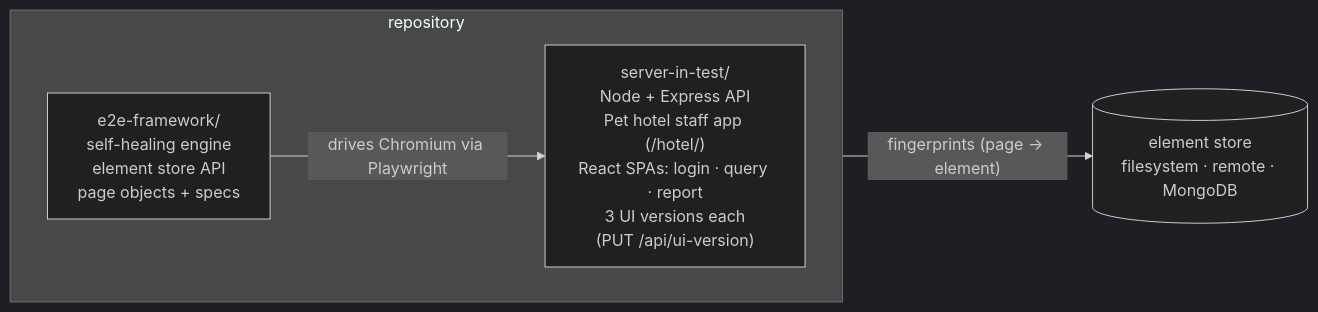
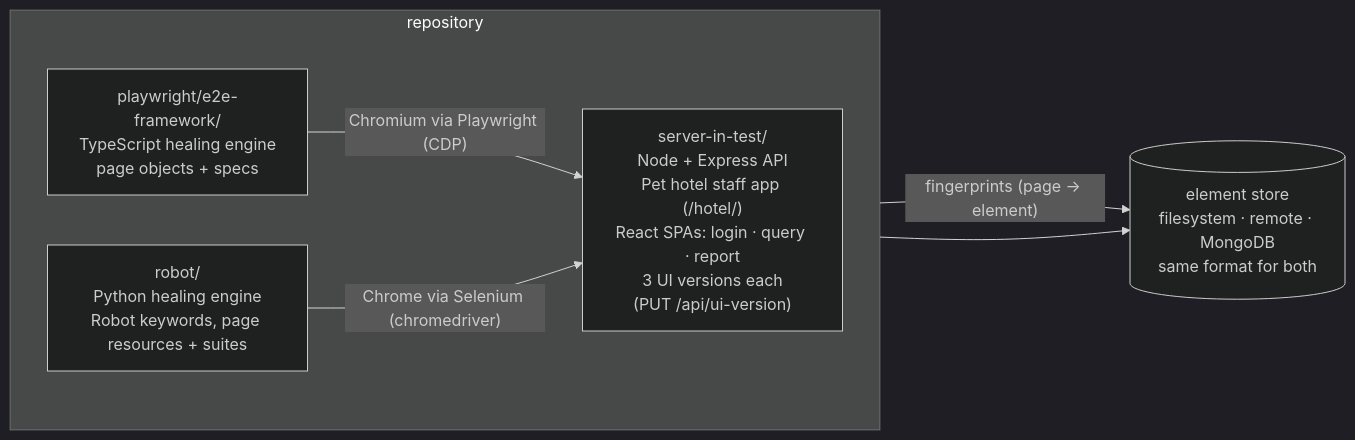
The first of 2 diagrams in README.md (immer-b/self-healing-e2e-tests), drawn with Mermaid (dark theme) before and after one commit. The commit also changed other lines of this file and 89 other files, not shown here.

First line of the commit message:
Move the Playwright framework under playwright/ and add a Robot Framework port

````diff
--- a/README.md
+++ b/README.md
@@ -9,10 +9,13 @@
 ```mermaid
 flowchart LR
   subgraph repo[repository]
     direction LR
+    PW["playwright/e2e-framework/<br/>TypeScript healing engine<br/>page objects + specs"]
+    RB["robot/<br/>Python healing engine<br/>Robot keywords, page resources + suites"]
     SIT["server-in-test/<br/>Node + Express API<br/>Pet hotel staff app (/hotel/)<br/>React SPAs: login · query · report<br/>3 UI versions each<br/>(PUT /api/ui-version)"]
-    FW["e2e-framework/<br/>self-healing engine<br/>element store API<br/>page objects + specs"]
   end
-  FW -- "drives Chromium via Playwright" --> SIT
-  FW -- "fingerprints (page → element)" --> STORE[("element store<br/>filesystem · remote · MongoDB")]
+  PW -- "Chromium via Playwright (CDP)" --> SIT
+  RB -- "Chrome via Selenium (chromedriver)" --> SIT
+  PW -- "fingerprints (page → element)" --> STORE[("element store<br/>filesystem · remote · MongoDB<br/>same format for both")]
+  RB --> STORE
 ```
````
